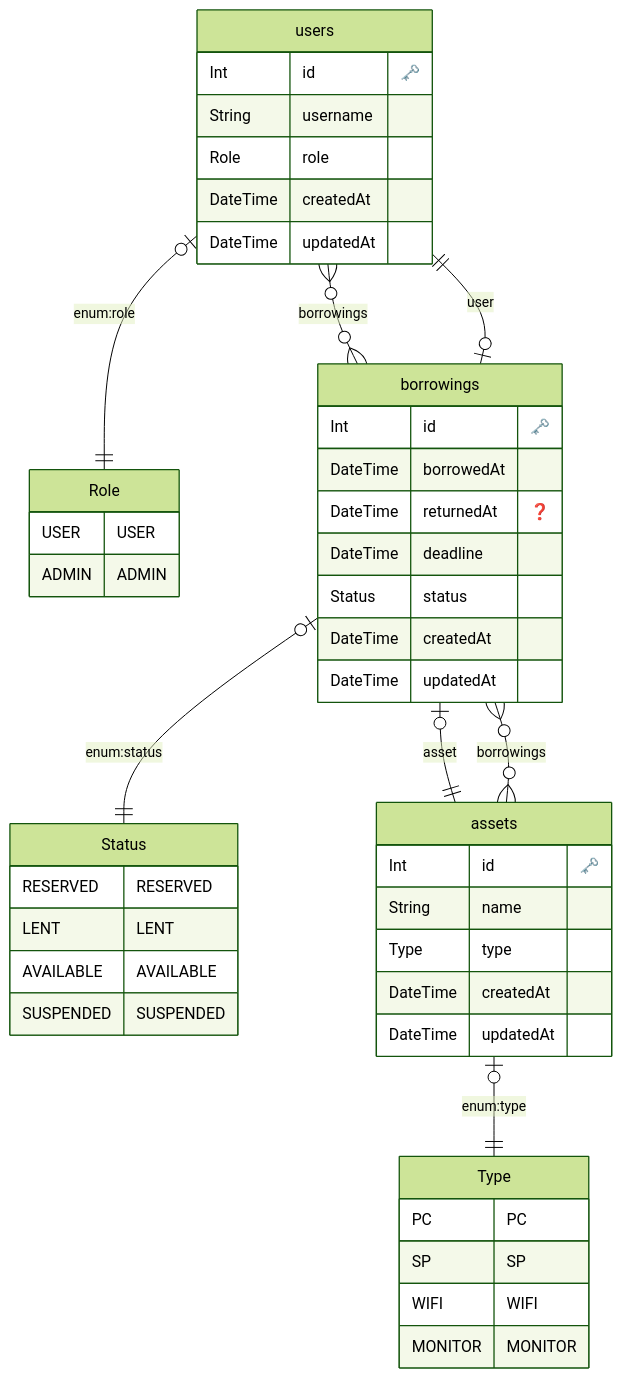
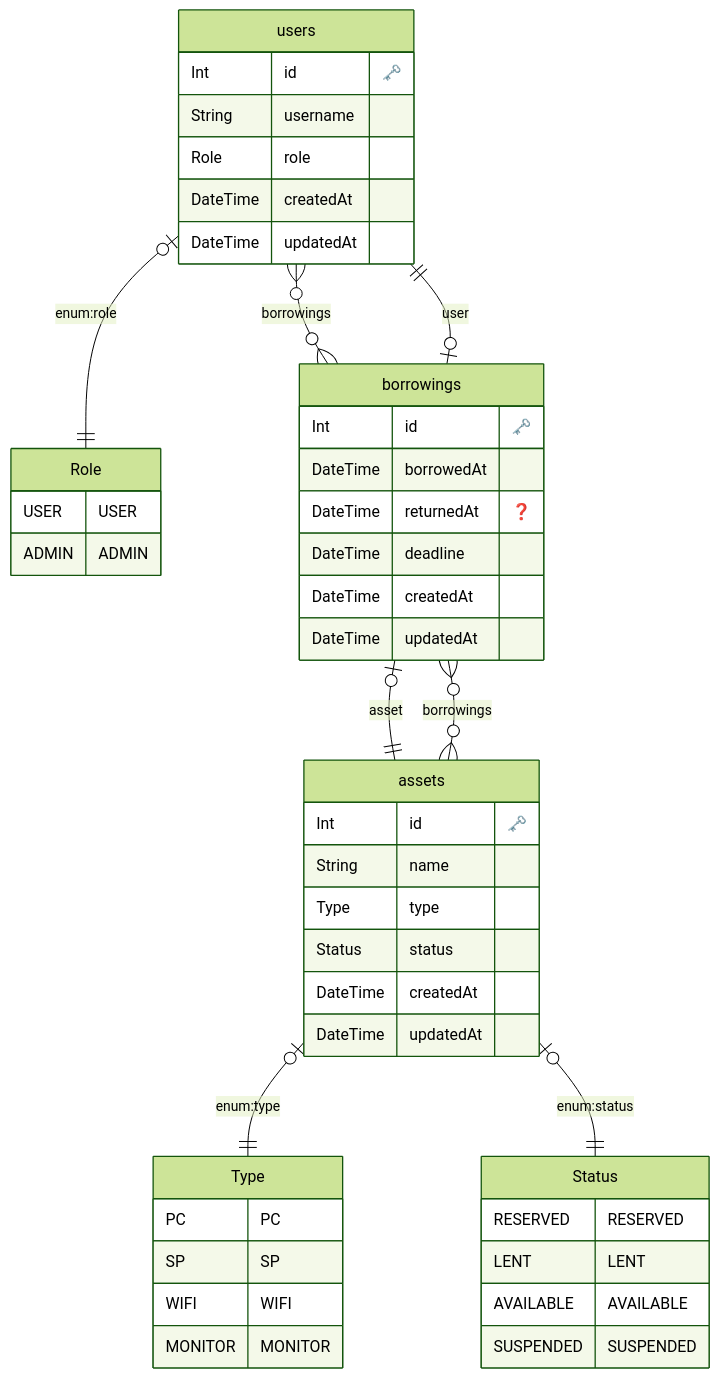
One commit to Yuki-Maeda-valour/asset-manager changed the diagram in src/prisma/scheme.md. Above: the diagram before and after it, drawn with Mermaid (forest theme). The commit also changed 11 other files, not shown here.

````diff
--- a/src/prisma/scheme.md
+++ b/src/prisma/scheme.md
@@ -1,62 +1,62 @@
 ```mermaid
 erDiagram
 
         Status {
             RESERVED RESERVED
 LENT LENT
 AVAILABLE AVAILABLE
 SUSPENDED SUSPENDED
         }
     
 
 
         Role {
             USER USER
 ADMIN ADMIN
         }
     
 
 
         Type {
             PC PC
 SP SP
 WIFI WIFI
 MONITOR MONITOR
         }
     
   "users" {
     Int id "🗝️"
     String username 
     Role role 
     DateTime createdAt 
     DateTime updatedAt 
     }
   
 
   "assets" {
     Int id "🗝️"
     String name 
     Type type 
+    Status status 
     DateTime createdAt 
     DateTime updatedAt 
     }
   
 
   "borrowings" {
     Int id "🗝️"
     DateTime borrowedAt 
     DateTime returnedAt "❓"
     DateTime deadline 
-    Status status 
     DateTime createdAt 
     DateTime updatedAt 
     }
   
     "users" o|--|| "Role" : "enum:role"
     "users" o{--}o "borrowings" : "borrowings"
     "assets" o|--|| "Type" : "enum:type"
+    "assets" o|--|| "Status" : "enum:status"
     "assets" o{--}o "borrowings" : "borrowings"
-    "borrowings" o|--|| "Status" : "enum:status"
     "borrowings" o|--|| "users" : "user"
     "borrowings" o|--|| "assets" : "asset"
 ```
````
